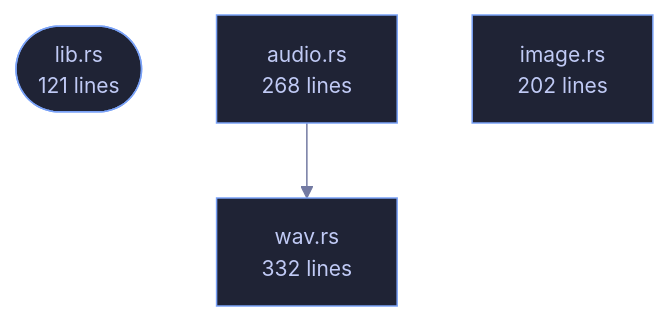
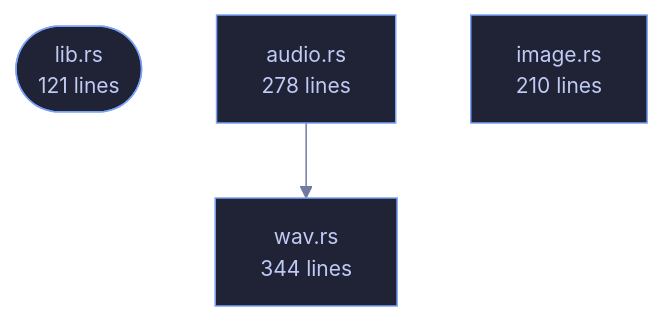
One commit to tilas01/veilvoice changed the diagram in wiki/Crate-veilvoice-meta.md. Above: the diagram before and after it, drawn with Mermaid. The commit also changed other lines of this file and 487 other files, not shown here.

````diff
--- a/wiki/Crate-veilvoice-meta.md
+++ b/wiki/Crate-veilvoice-meta.md
@@ -70,13 +70,13 @@
 ```mermaid
 %%{init: {"theme":"base","themeVariables":{"background":"#1a1b26","primaryColor":"#1f2335","primaryTextColor":"#c0caf5","primaryBorderColor":"#7aa2f7","secondaryColor":"#16161e","tertiaryColor":"#16161e","lineColor":"#737aa2","textColor":"#c0caf5","mainBkg":"#1f2335","nodeBorder":"#7aa2f7","clusterBkg":"#16161e","clusterBorder":"#2f3549","fontFamily":"ui-monospace, SFMono-Regular, Consolas, monospace","fontSize":"14px"}}}%%
 flowchart TD
     n_lib(["lib.rs<br/>121 lines"])
-    n_audio["audio.rs<br/>268 lines"]
-    n_image["image.rs<br/>202 lines"]
-    n_wav["wav.rs<br/>332 lines"]
+    n_audio["audio.rs<br/>278 lines"]
+    n_image["image.rs<br/>210 lines"]
+    n_wav["wav.rs<br/>344 lines"]
     n_audio --> n_wav
     click n_lib href "https://github.com/tilas01/veilvoice/blob/main/crates/veilvoice-meta/src/lib.rs" "open the source"
     click n_audio href "https://github.com/tilas01/veilvoice/blob/main/crates/veilvoice-meta/src/audio.rs" "open the source"
     click n_image href "https://github.com/tilas01/veilvoice/blob/main/crates/veilvoice-meta/src/image.rs" "open the source"
     click n_wav href "https://github.com/tilas01/veilvoice/blob/main/crates/veilvoice-meta/src/wav.rs" "open the source"
 ```
````
